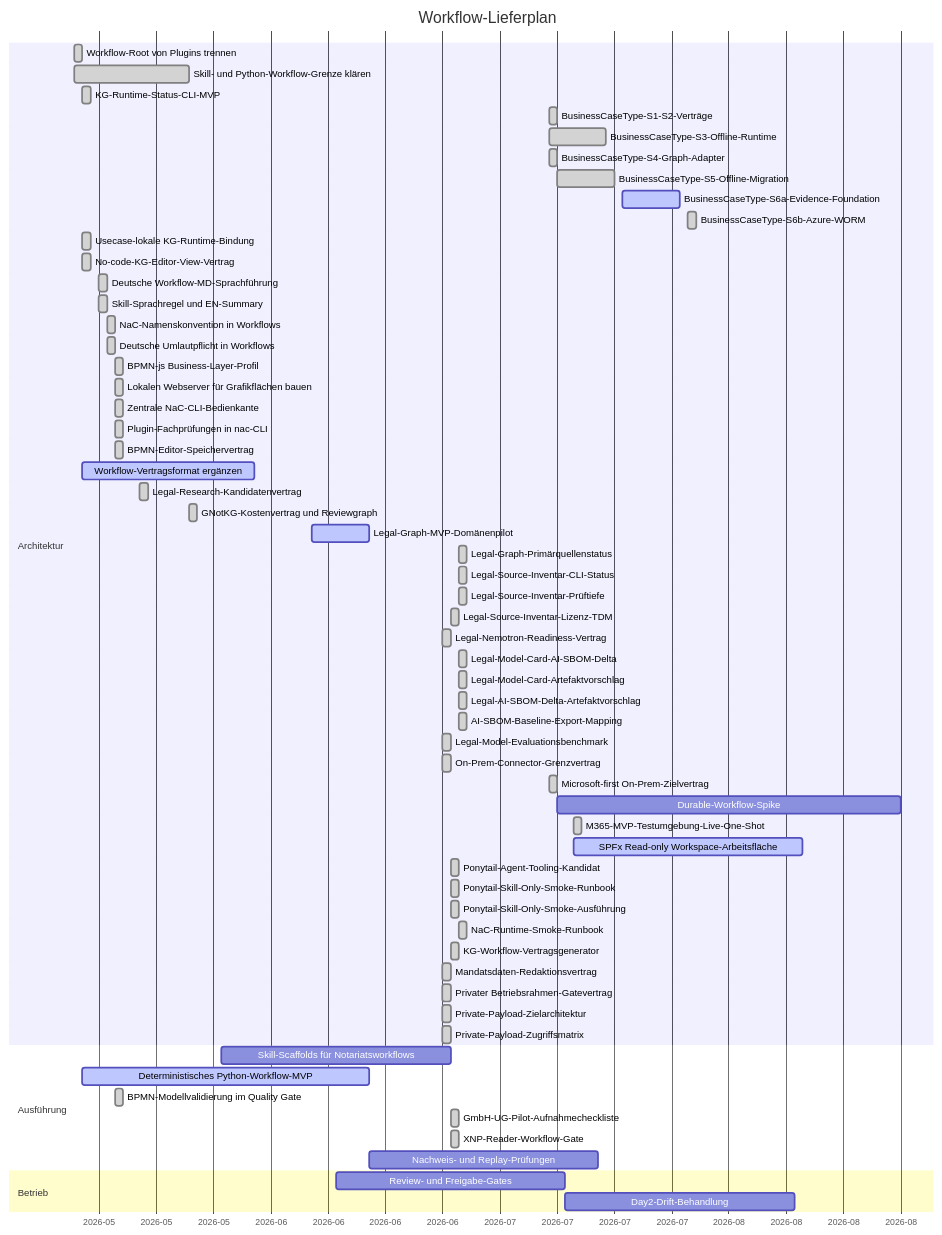
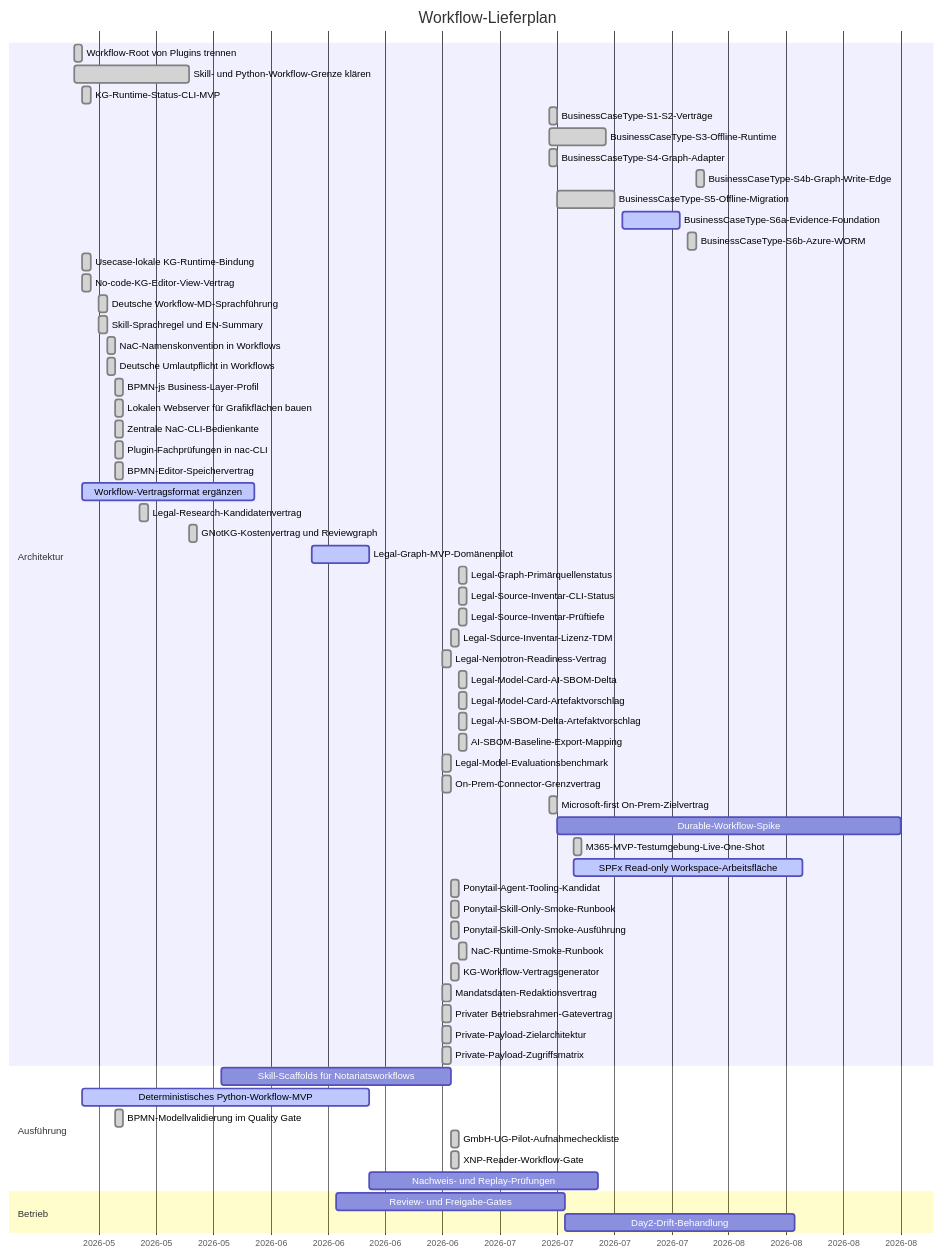
One commit to notariat8/NaC changed the diagram in workflows/GANTT.md. Above: the diagram before and after it, drawn with Mermaid. The commit also changed other lines of this file and 11 other files, not shown here.

Commit message:
docs(m365): document S4b offline write edge

````diff
--- a/workflows/GANTT.md
+++ b/workflows/GANTT.md
@@ -5,68 +5,69 @@
 ```mermaid
 gantt
     title Workflow-Lieferplan
     dateFormat  YYYY-MM-DD
     axisFormat  %Y-%m
 
     section Architektur
     Workflow-Root von Plugins trennen          :done,   w1, 2026-05-14, 1d
     Skill- und Python-Workflow-Grenze klären  :done,   w2, 2026-05-14, 14d
     KG-Runtime-Status-CLI-MVP                  :done,   w3, 2026-05-15, 1d
     BusinessCaseType-S1-S2-Verträge            :done,   w3b, 2026-07-11, 1d
     BusinessCaseType-S3-Offline-Runtime         :done,   w3c, 2026-07-11, 7d
     BusinessCaseType-S4-Graph-Adapter           :done,   w3d, 2026-07-11, 1d
+    BusinessCaseType-S4b-Graph-Write-Edge       :done,   w3h, 2026-07-29, 1d
     BusinessCaseType-S5-Offline-Migration      :done,   w3e, 2026-07-12, 7d
     BusinessCaseType-S6a-Evidence-Foundation    :active, w3f, 2026-07-20, 7d
     BusinessCaseType-S6b-Azure-WORM           :done,   w3g, 2026-07-28, 1d
     Usecase-lokale KG-Runtime-Bindung          :done,   w3a, 2026-05-15, 1d
     No-code-KG-Editor-View-Vertrag             :done,   w4a, 2026-05-15, 1d
     Deutsche Workflow-MD-Sprachführung        :done,   w4b, 2026-05-17, 1d
     Skill-Sprachregel und EN-Summary            :done,   w4c, 2026-05-17, 1d
     NaC-Namenskonvention in Workflows           :done,   w4d, 2026-05-18, 1d
     Deutsche Umlautpflicht in Workflows         :done,   w4e, 2026-05-18, 1d
     BPMN-js Business-Layer-Profil               :done,   w4f, 2026-05-19, 1d
     Lokalen Webserver für Grafikflächen bauen  :done,   w4g, 2026-05-19, 1d
     Zentrale NaC-CLI-Bedienkante                :done,   w4h, 2026-05-19, 1d
     Plugin-Fachprüfungen in nac-CLI             :done,   w4i, 2026-05-19, 1d
     BPMN-Editor-Speichervertrag                 :done,   w4j, 2026-05-19, 1d
     Workflow-Vertragsformat ergänzen          :active, w4, 2026-05-15, 21d
     Legal-Research-Kandidatenvertrag           :done,   w4k, 2026-05-22, 1d
     GNotKG-Kostenvertrag und Reviewgraph        :done,   w4l, 2026-05-28, 1d
     Legal-Graph-MVP-Domänenpilot              :active, w4m, 2026-06-12, 7d
     Legal-Graph-Primärquellenstatus            :done,   w4z, 2026-06-30, 1d
     Legal-Source-Inventar-CLI-Status           :done,   w4aa, 2026-06-30, 1d
     Legal-Source-Inventar-Prüftiefe            :done,   w4af, 2026-06-30, 1d
     Legal-Source-Inventar-Lizenz-TDM           :done,   w4u, 2026-06-29, 1d
     Legal-Nemotron-Readiness-Vertrag            :done,   w4s, 2026-06-28, 1d
     Legal-Model-Card-AI-SBOM-Delta             :done,   w4ab, 2026-06-30, 1d
     Legal-Model-Card-Artefaktvorschlag         :done,   w4ac, 2026-06-30, 1d
     Legal-AI-SBOM-Delta-Artefaktvorschlag      :done,   w4ad, 2026-06-30, 1d
     AI-SBOM-Baseline-Export-Mapping            :done,   w4ae, 2026-06-30, 1d
     Legal-Model-Evaluationsbenchmark           :done,   w4t, 2026-06-28, 1d
     On-Prem-Connector-Grenzvertrag            :done,   w4n, 2026-06-28, 1d
     Microsoft-first On-Prem-Zielvertrag          :done,   w4ah, 2026-07-11, 1d
     Durable-Workflow-Spike                       :        w4ai, after w4ah, 42d
     M365-MVP-Testumgebung-Live-One-Shot          :done,   w4aj, 2026-07-14, 1d
     SPFx Read-only Workspace-Arbeitsfläche       :active, w4ak, 2026-07-14, 28d
     Ponytail-Agent-Tooling-Kandidat            :done,   w4v, 2026-06-29, 1d
     Ponytail-Skill-Only-Smoke-Runbook          :done,   w4w, 2026-06-29, 1d
     Ponytail-Skill-Only-Smoke-Ausführung       :done,   w4x, 2026-06-29, 1d
     NaC-Runtime-Smoke-Runbook                  :done,   w4ag, 2026-06-30, 1d
     KG-Workflow-Vertragsgenerator              :done,   w4y, 2026-06-29, 1d
     Mandatsdaten-Redaktionsvertrag             :done,   w4o, 2026-06-28, 1d
     Privater Betriebsrahmen-Gatevertrag        :done,   w4p, 2026-06-28, 1d
     Private-Payload-Zielarchitektur            :done,   w4q, 2026-06-28, 1d
     Private-Payload-Zugriffsmatrix             :done,   w4r, 2026-06-28, 1d
 
     section Ausführung
     Skill-Scaffolds für Notariatsworkflows    :        w5, 2026-06-01, 28d
     Deterministisches Python-Workflow-MVP      :active, w6, 2026-05-15, 35d
     BPMN-Modellvalidierung im Quality Gate      :done,   w6a, 2026-05-19, 1d
     GmbH-UG-Pilot-Aufnahmecheckliste           :done,   w6b, 2026-06-29, 1d
     XNP-Reader-Workflow-Gate                   :done,   w6c, 2026-06-29, 1d
     Nachweis- und Replay-Prüfungen            :        w7, after w6, 28d
 
     section Betrieb
     Review- und Freigabe-Gates                 :        w8, 2026-06-15, 28d
     Day2-Drift-Behandlung                      :        w9, after w8, 28d
 ```
````
